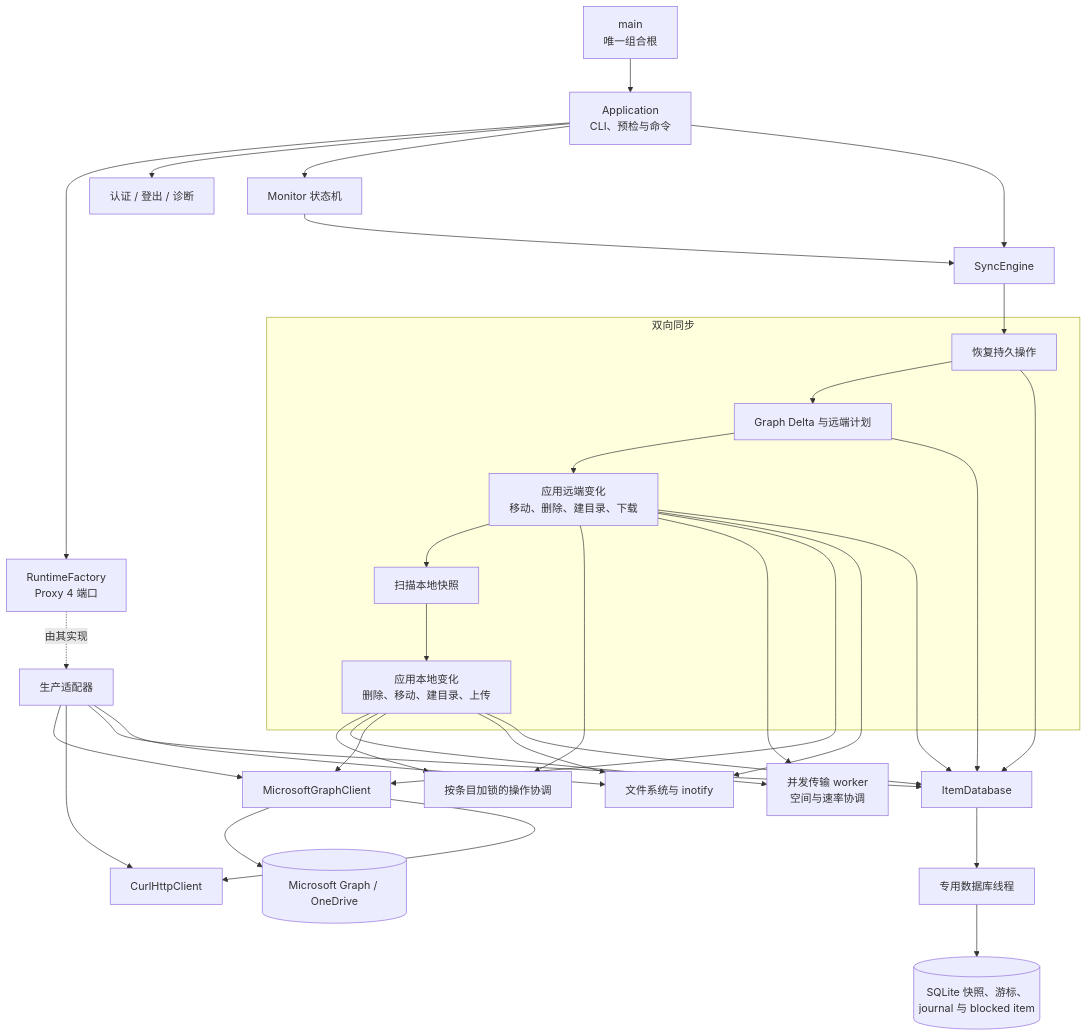
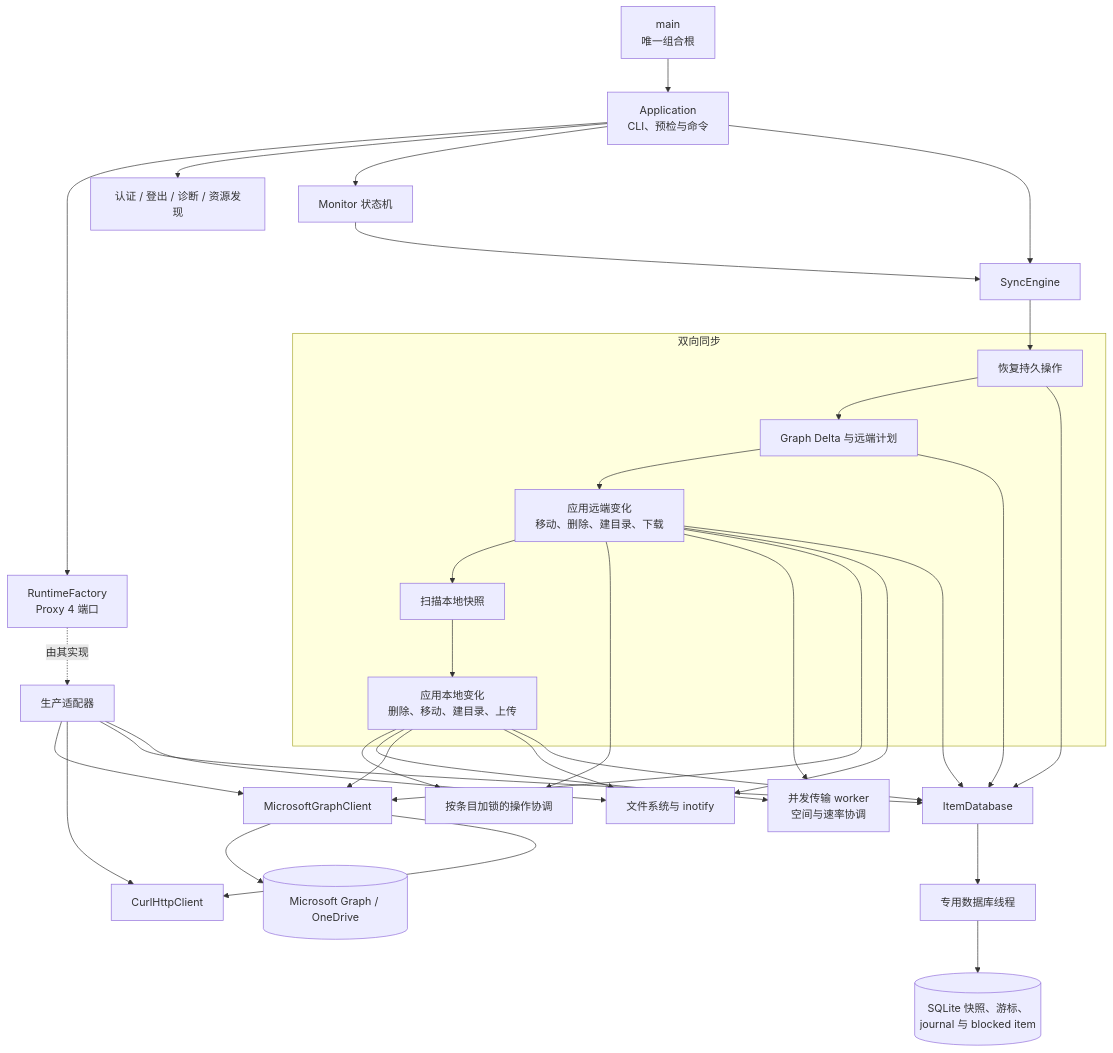
One commit to cloudfyy/onedrivecpp changed the diagram in docs/architecture.zh-CN.md. Above: the diagram before and after it, drawn with Mermaid. The commit also changed other lines of this file and 12 other files, not shown here.

````diff
--- a/docs/architecture.zh-CN.md
+++ b/docs/architecture.zh-CN.md
@@ -8,43 +8,43 @@
 ```mermaid
 flowchart TB
     main["main<br/>唯一组合根"] --> app["Application<br/>CLI、预检与命令"]
     app --> runtime["RuntimeFactory<br/>Proxy 4 端口"]
     runtime -. 由其实现 .-> adapters["生产适配器"]
 
-    app --> auth["认证 / 登出 / 诊断"]
+    app -->     auth["认证 / 登出 / 诊断 / 资源发现"]
     app --> monitor["Monitor 状态机"]
     app --> engine["SyncEngine"]
 
     subgraph sync["双向同步"]
         recover["恢复持久操作"]
         delta["Graph Delta 与远端计划"]
         remote["应用远端变化<br/>移动、删除、建目录、下载"]
         scan["扫描本地快照"]
         local["应用本地变化<br/>删除、移动、建目录、上传"]
         recover --> delta --> remote --> scan --> local
     end
 
     engine --> recover
     monitor --> engine
     remote --> leases["按条目加锁的操作协调"]
     local --> leases
     remote --> transfers["并发传输 worker<br/>空间与速率协调"]
     local --> transfers
 
     adapters --> graph_client["MicrosoftGraphClient"]
     adapters --> http["CurlHttpClient"]
     adapters --> store["ItemDatabase"]
     adapters --> files["文件系统与 inotify"]
     graph_client --> cloud[("Microsoft Graph / OneDrive")]
     graph_client --> http
     remote --> graph_client
     local --> graph_client
     remote --> files
     local --> files
     recover --> store
     delta --> store
     remote --> store
     local --> store
     store --> db_thread["专用数据库线程"]
     db_thread --> sqlite[("SQLite 快照、游标、<br/>journal 与 blocked item")]
 ```
````
